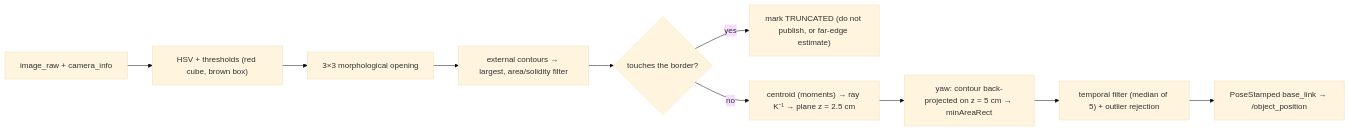
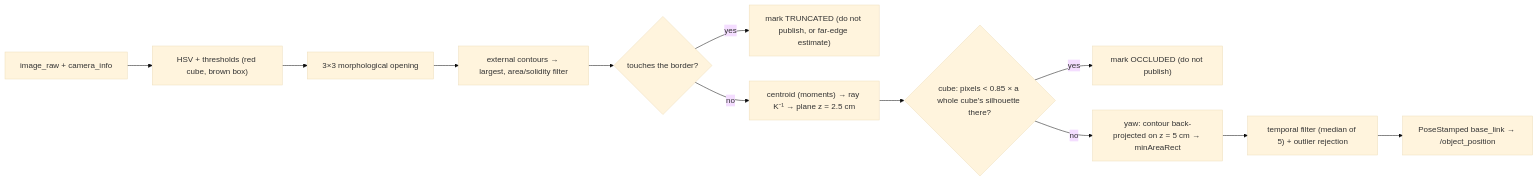
Before and after one commit to FoxaxeWasTaken/Robotics: the first of 3 diagrams in docs/project/05_perception_calibration.md, drawn with Mermaid (base theme). The commit also changed other lines of this file and 27 other files, not shown here.

First line of the commit message:
feat(perception): publish nothing for a partly hidden cube (#186)

````diff
--- a/docs/project/05_perception_calibration.md
+++ b/docs/project/05_perception_calibration.md
@@ -9,12 +9,14 @@
 ```mermaid
 flowchart LR
   I["image_raw + camera_info"] --> H["HSV + thresholds (red cube, brown box)"]
   H --> M["3×3 morphological opening"]
   M --> C["external contours → largest, area/solidity filter"]
   C --> T{"touches the border?"}
   T -- yes --> X["mark TRUNCATED (do not publish, or far-edge estimate)"]
   T -- no --> G["centroid (moments) → ray K⁻¹ → plane z = 2.5 cm"]
-  G --> Y["yaw: contour back-projected on z = 5 cm → minAreaRect"]
+  G --> O{"cube: pixels < 0.85 × a whole cube's silhouette there?"}
+  O -- yes --> Z["mark OCCLUDED (do not publish)"]
+  O -- no --> Y["yaw: contour back-projected on z = 5 cm → minAreaRect"]
   Y --> F["temporal filter (median of 5) + outlier rejection"]
   F --> P["PoseStamped base_link → /object_position"]
 ```
````
